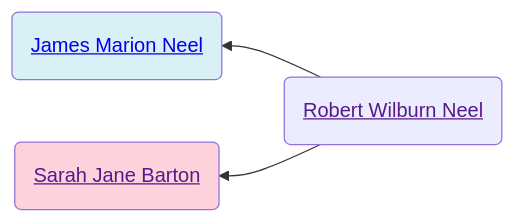
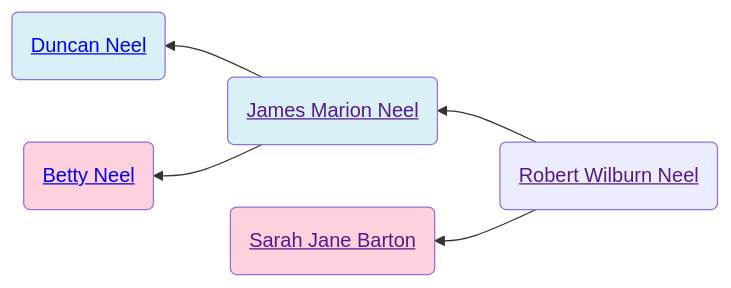
The first of 2 diagrams in familyhistory/sources/people/Neel-line/Robert_Wilburn_Neel.qmd (neelsmith/avocational), drawn with Mermaid before and after one commit. The commit also changed other lines of this file and 42 other files, not shown here.

````diff
--- a/familyhistory/sources/people/Neel-line/Robert_Wilburn_Neel.qmd
+++ b/familyhistory/sources/people/Neel-line/Robert_Wilburn_Neel.qmd
@@ -26,12 +28,16 @@
 ```{mermaid}
 graph RL
 %% RL ancestor diagram
 Robert_Wilburn_Neel(<a href=''>Robert Wilburn Neel</>) -->  James_Marion_Neel(<a href='./James_Marion_Neel.html'>James Marion Neel</>)
+James_Marion_Neel(<a href=''>James Marion Neel</>) -->  Duncan_Neel(<a href='./Duncan_Neel.html'>Duncan Neel</>)
+class Duncan_Neel father
+James_Marion_Neel(<a href=''>James Marion Neel</>)  --> Betty_Neel(<a href='./Betty_Neel.html'>Betty Neel</>)
+class Betty_Neel mother
 class James_Marion_Neel father
 Robert_Wilburn_Neel(<a href=''>Robert Wilburn Neel</>)  --> _Sarah_Jane_Barton(<a href=''> Sarah Jane Barton</>)
 class _Sarah_Jane_Barton mother
 classDef mother fill:#ffd1dc
 classDef father fill:#daf0f7  
 classDef marriage fill:#ffffff
 
 ```
````
